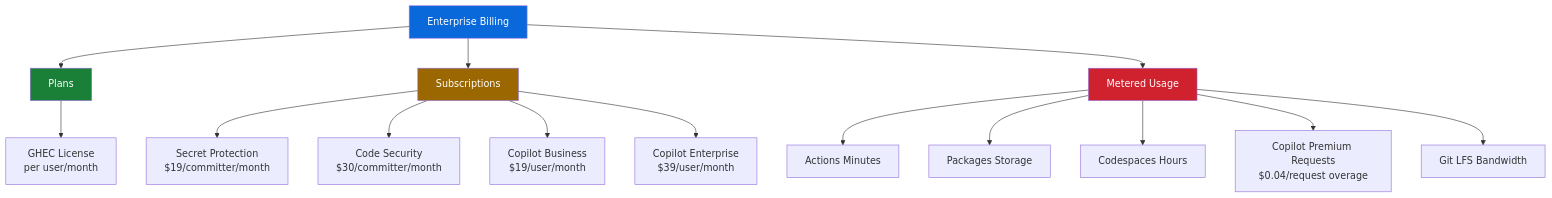
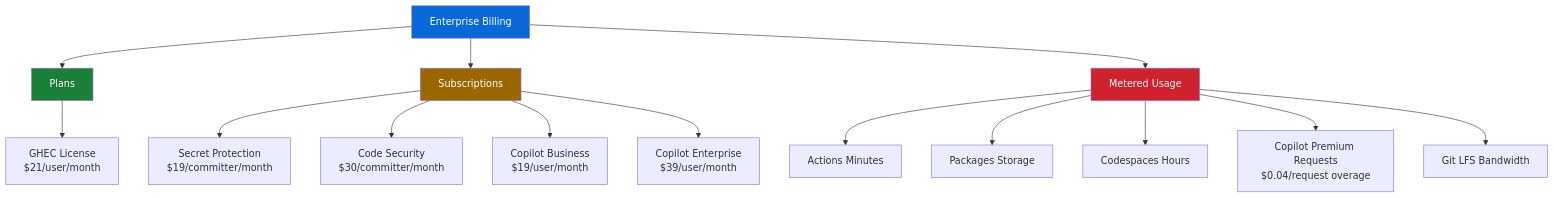
One commit to Tdblackston0/gh-abcs-admin changed the diagram in docs/19-licenses-billing.md. Above: the diagram before and after it, drawn with Mermaid. The commit also changed other lines of this file and 33 other files, not shown here.

````diff
--- a/docs/19-licenses-billing.md
+++ b/docs/19-licenses-billing.md
@@ -140,24 +140,24 @@
 ```mermaid
 flowchart TD
     A[Enterprise Billing] --> B[Plans]
     A --> C[Subscriptions]
     A --> D[Metered Usage]
 
-    B --> B1[GHEC License<br/>per user/month]
+    B --> B1[GHEC License<br/>$21/user/month]
 
     C --> C1[Secret Protection<br/>$19/committer/month]
     C --> C2[Code Security<br/>$30/committer/month]
     C --> C3[Copilot Business<br/>$19/user/month]
     C --> C4[Copilot Enterprise<br/>$39/user/month]
 
     D --> D1[Actions Minutes]
     D --> D2[Packages Storage]
     D --> D3[Codespaces Hours]
     D --> D4[Copilot Premium Requests<br/>$0.04/request overage]
     D --> D5[Git LFS Bandwidth]
 
     style A fill:#0969da,color:#fff
     style B fill:#1a7f37,color:#fff
     style C fill:#9a6700,color:#fff
     style D fill:#cf222e,color:#fff
 ```
````
